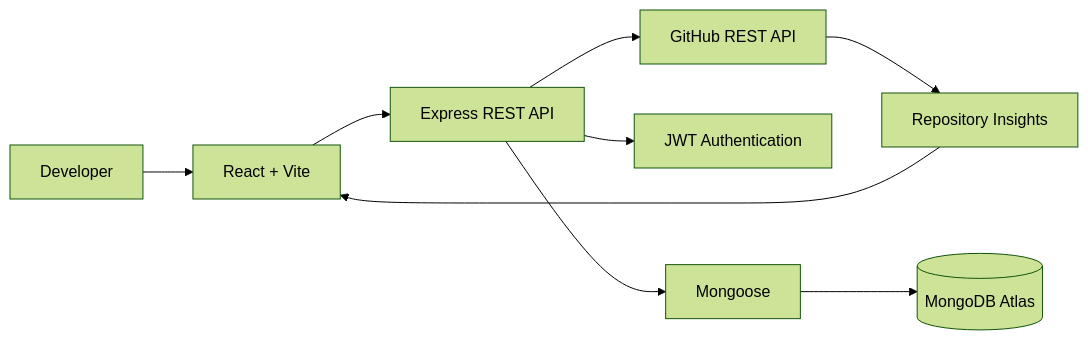
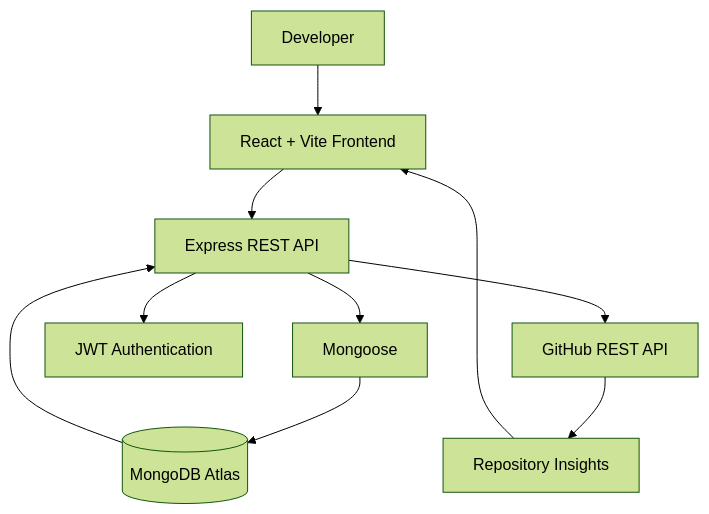
One commit to Priyanka170974/Priyanka170974 changed the diagram in README.md. Above: the diagram before and after it, drawn with Mermaid (forest theme). The commit also changed other lines of this file, not shown here.

````diff
--- a/README.md
+++ b/README.md
@@ -44,11 +60,12 @@
 ```mermaid
-flowchart LR
-    U[Developer] --> UI[React + Vite]
-    UI --> API[Express REST API]
-    API --> GH[GitHub REST API]
-    API --> AUTH[JWT Authentication]
-    API --> DB[Mongoose]
-    DB --> MDB[(MongoDB Atlas)]
-    GH --> DATA[Repository Insights]
-    DATA --> UI
+flowchart TD
+    A[Developer] --> B[React + Vite Frontend]
+    B --> C[Express REST API]
+    C --> D[GitHub REST API]
+    C --> E[JWT Authentication]
+    C --> F[Mongoose]
+    F --> G[(MongoDB Atlas)]
+    D --> H[Repository Insights]
+    G --> C
+    H --> B
 ```
````
